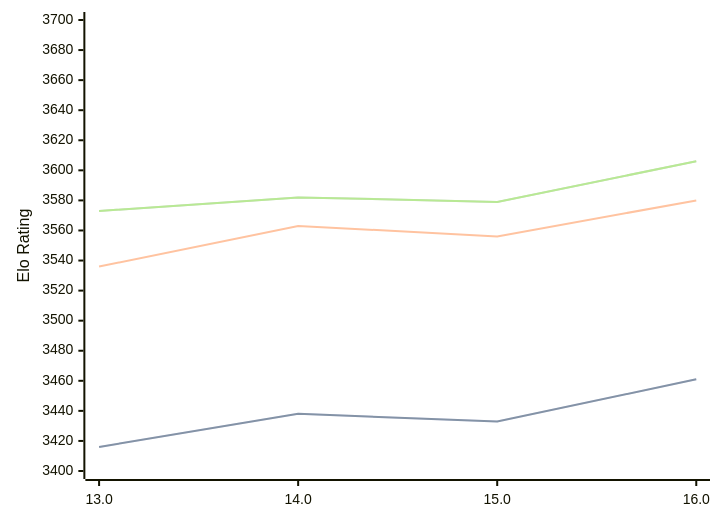
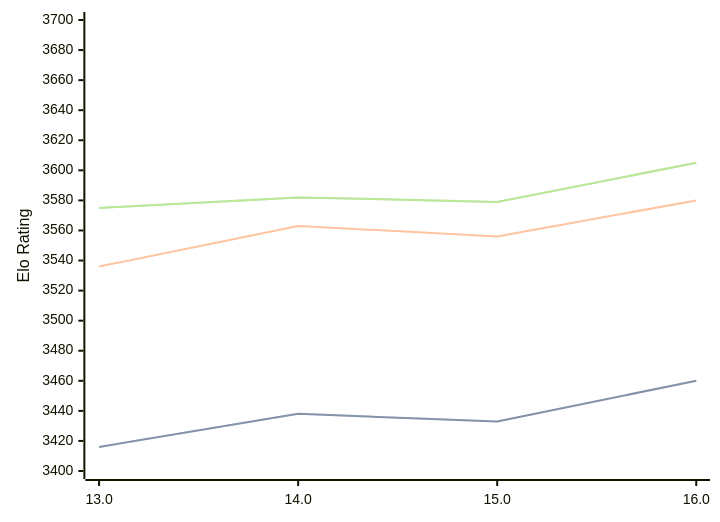
Before and after one commit to computer-chess-index/cci: the diagram in engines/Obsidian.md, drawn with Mermaid. The commit also changed other lines of this file, not shown here.

Commit message:
Update CCI Ratings (ELO VLTC) - 2026-04-04

````diff
--- a/engines/Obsidian.md
+++ b/engines/Obsidian.md
@@ -43,11 +43,11 @@
 ```mermaid
 %%{init: {"theme":"base","themeVariables":{"seriesColors:['#a3a3a3','#222221','#faa371']}}}%%
 xychart-beta
   x-axis ["13.0", "14.0", "15.0", "16.0"]
   y-axis "Elo Rating" 3400 --> 3700
-  line "STC (8.0+0.08s)" [3416, 3438, 3433, 3461]
-  line "STC (8.0+0.08s)" [3416, 3438, 3433, 3461]
+  line "STC (8.0+0.08s)" [3416, 3438, 3433, 3460]
+  line "STC (8.0+0.08s)" [3416, 3438, 3433, 3460]
   line "LTC (60.0+0.60s)" [3536, 3563, 3556, 3580]
-  line "VLTC (2m24s+1.12s)" [3573, 3582, 3579, 3606]
-  line "VLTC (2m24s+1.12s)" [3573, 3582, 3579, 3606]
+  line "VLTC (2m24s+1.12s)" [3575, 3582, 3579, 3605]
+  line "VLTC (2m24s+1.12s)" [3575, 3582, 3579, 3605]
 ```
````
